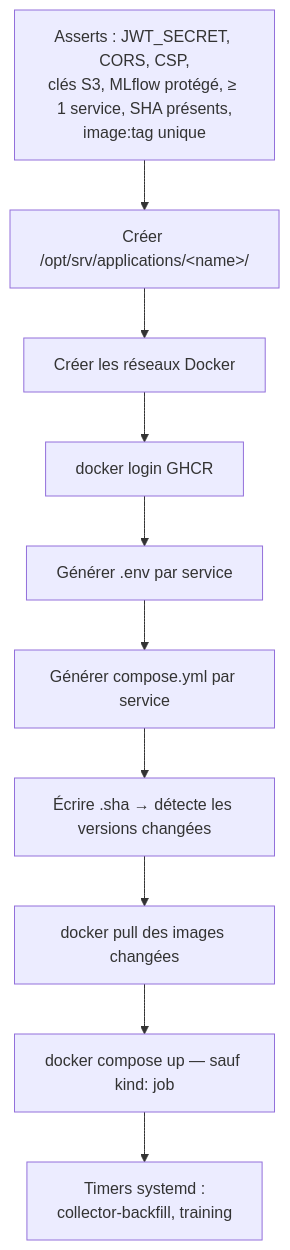
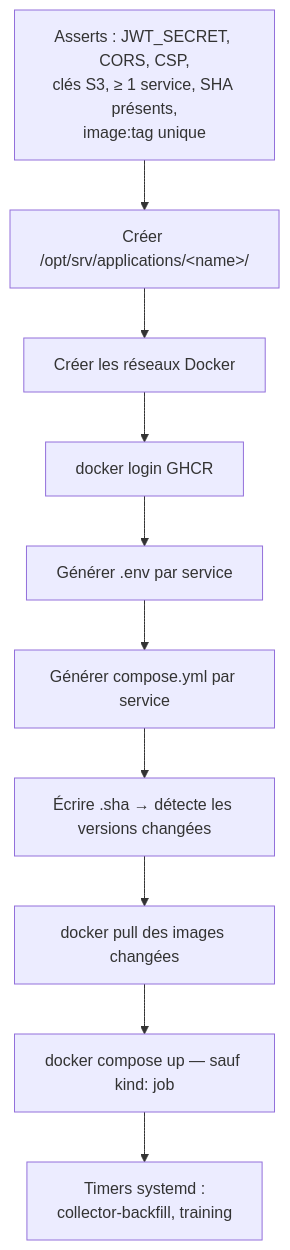
One commit to EnerVision-G5/infra changed the diagram in docs/content/services/applications/index.md. Above: the diagram before and after it, drawn with Mermaid. The commit also changed other lines of this file and 54 other files, not shown here.

````diff
--- a/docs/content/services/applications/index.md
+++ b/docs/content/services/applications/index.md
@@ -57,12 +56,12 @@
 ```mermaid
 flowchart TD
-    A[Asserts : JWT_SECRET, CORS, CSP,<br/>clés S3, MLflow protégé, ≥ 1 service, SHA présents,<br/>image:tag unique] --> B[Créer /opt/srv/applications/&lt;name&gt;/]
+    A[Asserts : JWT_SECRET, CORS, CSP,<br/>clés S3, ≥ 1 service, SHA présents,<br/>image:tag unique] --> B[Créer /opt/srv/applications/&lt;name&gt;/]
     B --> C[Créer les réseaux Docker]
     C --> D[docker login GHCR]
     D --> E[Générer .env par service]
     E --> F[Générer compose.yml par service]
     F --> G[Écrire .sha → détecte les versions changées]
     G --> H[docker pull des images changées]
     H --> I[docker compose up — sauf kind: job]
     I --> J[Timers systemd :<br/>collector-backfill, training]
 ```
````
